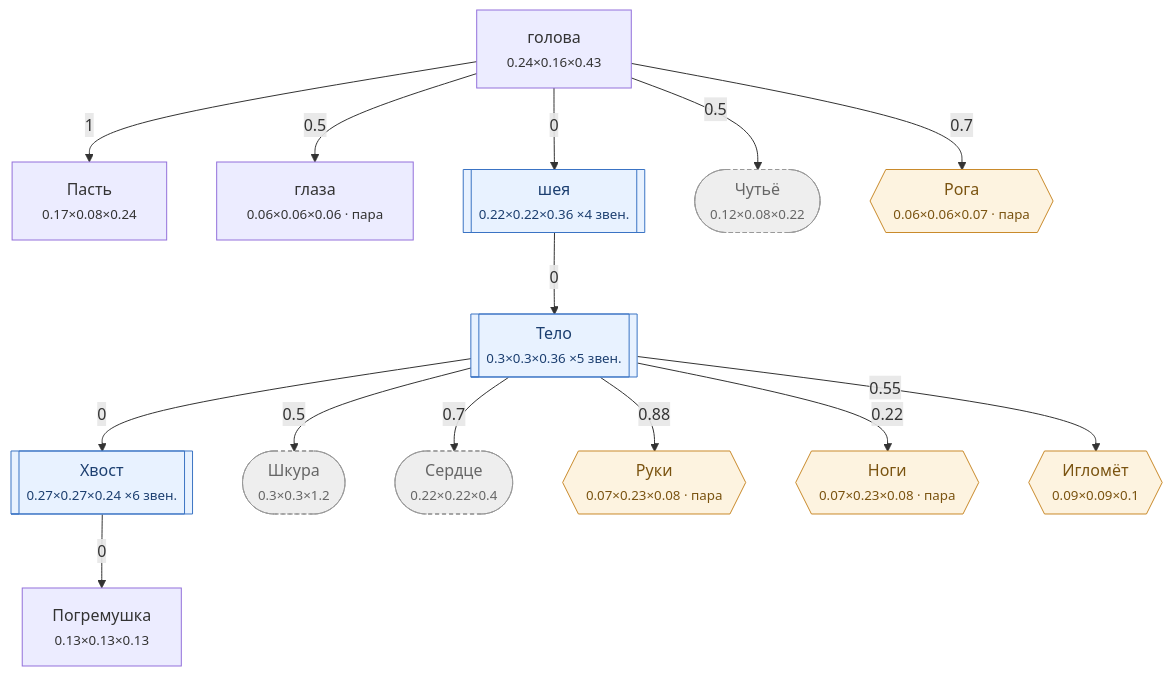
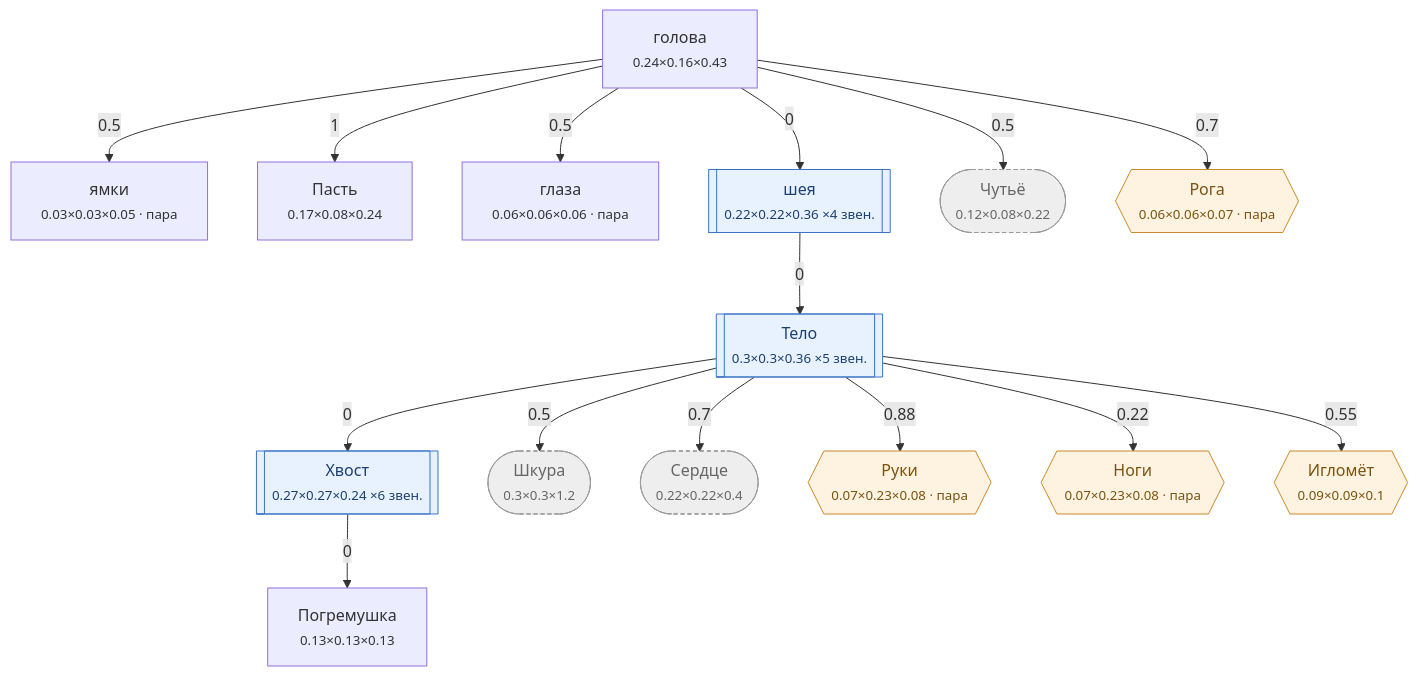
One commit to darklordshish/ChimeraEvolution-2026-06-26_15-29-59 changed the diagram in Docs/Диаграммы/Змея.md. Above: the diagram before and after it, drawn with Mermaid. The commit also changed other lines of this file and 9 other files, not shown here.

````diff
--- a/Docs/Диаграммы/Змея.md
+++ b/Docs/Диаграммы/Змея.md
@@ -22,38 +23,40 @@
 ```mermaid
 flowchart TD
-    n0["голова<br/><small>0.24×0.16×0.43</small>"]
-    n1["Пасть<br/><small>0.17×0.08×0.24</small>"]
-    n2["глаза<br/><small>0.06×0.06×0.06 · пара</small>"]
-    n3[["шея<br/><small>0.22×0.22×0.36 ×4 звен.</small>"]]
-    n4[["Тело<br/><small>0.3×0.3×0.36 ×5 звен.</small>"]]
-    n5[["Хвост<br/><small>0.27×0.27×0.24 ×6 звен.</small>"]]
-    n6["Погремушка<br/><small>0.13×0.13×0.13</small>"]
-    n7(["Шкура<br/><small>0.3×0.3×1.2</small>"])
-    n8(["Сердце<br/><small>0.22×0.22×0.4</small>"])
-    n9(["Чутьё<br/><small>0.12×0.08×0.22</small>"])
-    n10{{"Руки<br/><small>0.07×0.23×0.08 · пара</small>"}}
-    n11{{"Ноги<br/><small>0.07×0.23×0.08 · пара</small>"}}
-    n12{{"Рога<br/><small>0.06×0.06×0.07 · пара</small>"}}
-    n13{{"Игломёт<br/><small>0.09×0.09×0.1</small>"}}
+    n0["ямки<br/><small>0.03×0.03×0.05 · пара</small>"]
+    n1["голова<br/><small>0.24×0.16×0.43</small>"]
+    n2["Пасть<br/><small>0.17×0.08×0.24</small>"]
+    n3["глаза<br/><small>0.06×0.06×0.06 · пара</small>"]
+    n4[["шея<br/><small>0.22×0.22×0.36 ×4 звен.</small>"]]
+    n5[["Тело<br/><small>0.3×0.3×0.36 ×5 звен.</small>"]]
+    n6[["Хвост<br/><small>0.27×0.27×0.24 ×6 звен.</small>"]]
+    n7["Погремушка<br/><small>0.13×0.13×0.13</small>"]
+    n8(["Шкура<br/><small>0.3×0.3×1.2</small>"])
+    n9(["Сердце<br/><small>0.22×0.22×0.4</small>"])
+    n10(["Чутьё<br/><small>0.12×0.08×0.22</small>"])
+    n11{{"Руки<br/><small>0.07×0.23×0.08 · пара</small>"}}
+    n12{{"Ноги<br/><small>0.07×0.23×0.08 · пара</small>"}}
+    n13{{"Рога<br/><small>0.06×0.06×0.07 · пара</small>"}}
+    n14{{"Игломёт<br/><small>0.09×0.09×0.1</small>"}}
 
-    n0 -->|1| n1
-    n0 -->|0.5| n2
-    n0 -->|0| n3
-    n3 -->|0| n4
+    n1 -->|0.5| n0
+    n1 -->|1| n2
+    n1 -->|0.5| n3
+    n1 -->|0| n4
     n4 -->|0| n5
     n5 -->|0| n6
-    n4 -->|0.5| n7
-    n4 -->|0.7| n8
-    n0 -->|0.5| n9
-    n4 -->|0.88| n10
-    n4 -->|0.22| n11
-    n0 -->|0.7| n12
-    n4 -->|0.55| n13
+    n6 -->|0| n7
+    n5 -->|0.5| n8
+    n5 -->|0.7| n9
+    n1 -->|0.5| n10
+    n5 -->|0.88| n11
+    n5 -->|0.22| n12
+    n1 -->|0.7| n13
+    n5 -->|0.55| n14
 
     classDef hid fill:#eee,stroke:#999,stroke-dasharray:4 3,color:#666
     classDef gr fill:#fdf3e0,stroke:#c98a2b,color:#7a5310
     classDef ch fill:#e8f2ff,stroke:#3b74c4,color:#1c3f70
-    class n7,n8,n9 hid
-    class n10,n11,n12,n13 gr
-    class n3,n4,n5 ch
+    class n8,n9,n10 hid
+    class n11,n12,n13,n14 gr
+    class n4,n5,n6 ch
 ```
````
